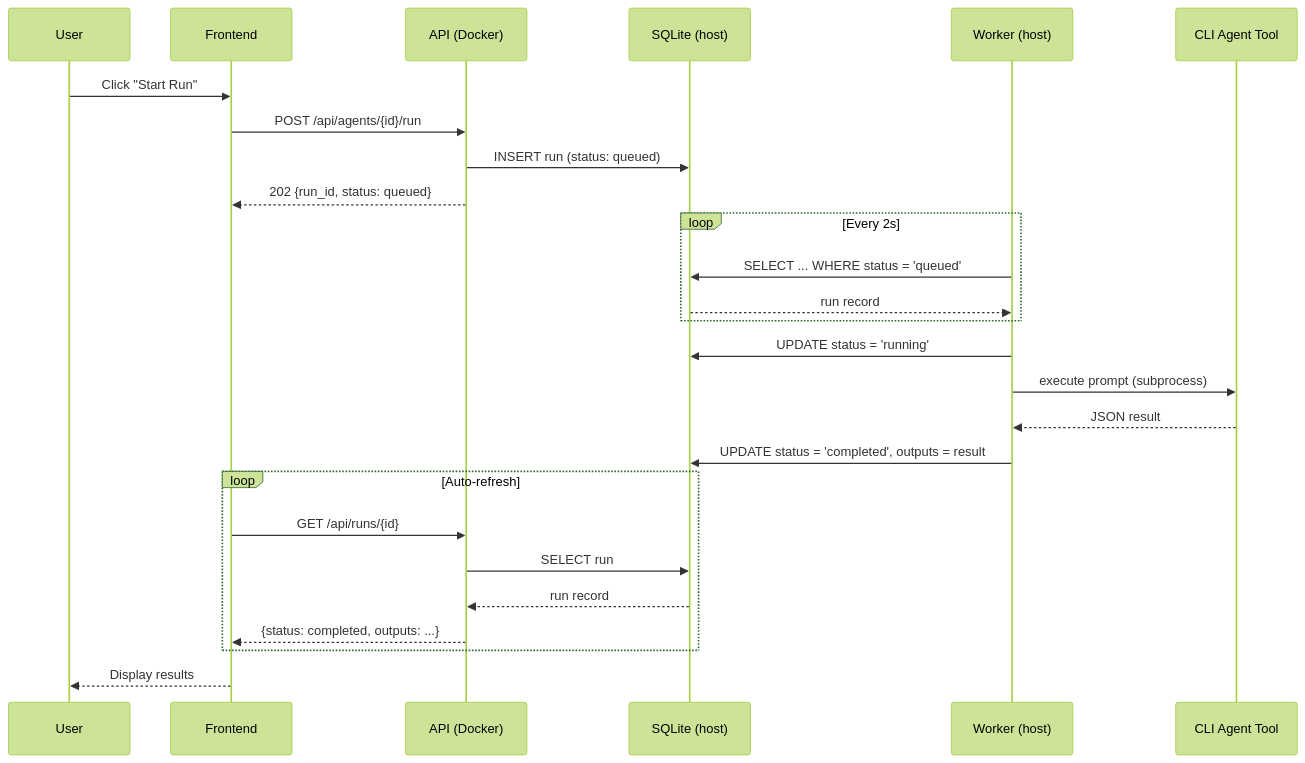
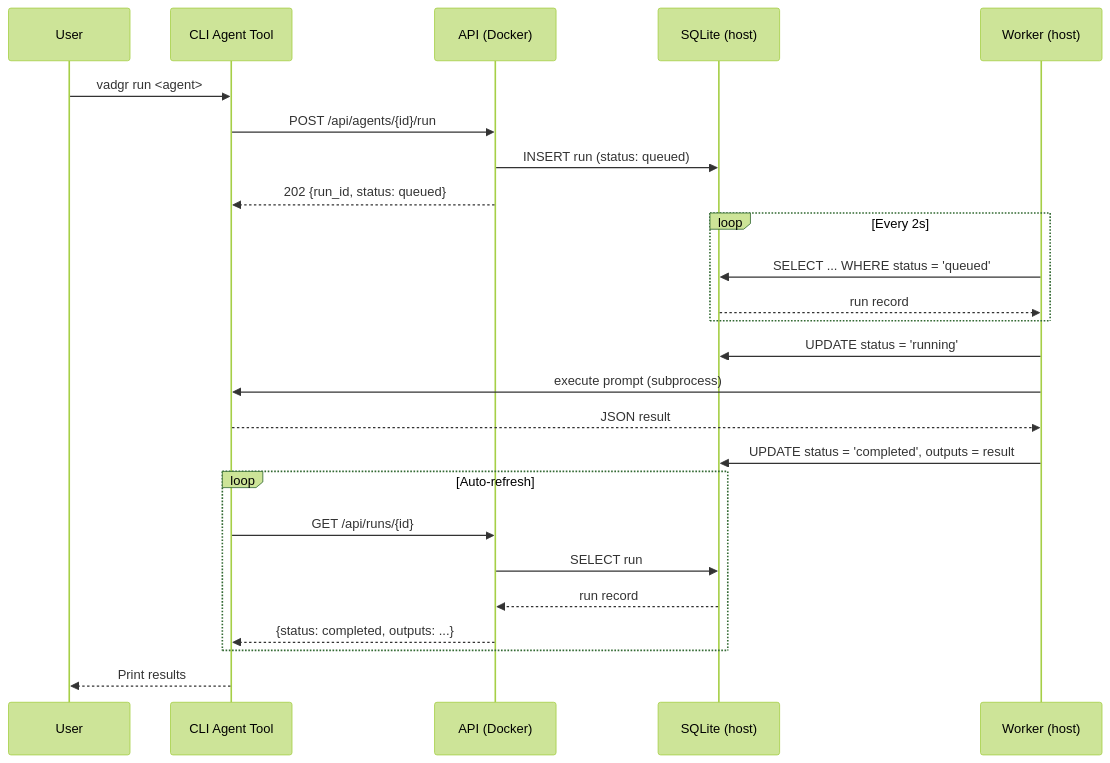
One commit to MONTBRAIN/vadgr changed the second of 2 diagrams in api/docs/CONTAINERIZATION.md. Above: the diagram before and after it, drawn with Mermaid (forest theme). The commit also changed other lines of this file and 92 other files, not shown here.

````diff
--- a/api/docs/CONTAINERIZATION.md
+++ b/api/docs/CONTAINERIZATION.md
@@ -51,33 +49,33 @@
 ```mermaid
 sequenceDiagram
     participant User
-    participant Frontend
+    participant CLI
     participant API as API (Docker)
     participant DB as SQLite (host)
     participant Worker as Worker (host)
     participant CLI as CLI Agent Tool
 
-    User->>Frontend: Click "Start Run"
-    Frontend->>API: POST /api/agents/{id}/run
+    User->>CLI: vadgr run <agent>
+    CLI->>API: POST /api/agents/{id}/run
     API->>DB: INSERT run (status: queued)
-    API-->>Frontend: 202 {run_id, status: queued}
+    API-->>CLI: 202 {run_id, status: queued}
 
     loop Every 2s
         Worker->>DB: SELECT ... WHERE status = 'queued'
         DB-->>Worker: run record
     end
 
     Worker->>DB: UPDATE status = 'running'
     Worker->>CLI: execute prompt (subprocess)
     CLI-->>Worker: JSON result
     Worker->>DB: UPDATE status = 'completed', outputs = result
 
     loop Auto-refresh
-        Frontend->>API: GET /api/runs/{id}
+        CLI->>API: GET /api/runs/{id}
         API->>DB: SELECT run
         DB-->>API: run record
-        API-->>Frontend: {status: completed, outputs: ...}
+        API-->>CLI: {status: completed, outputs: ...}
     end
 
-    Frontend-->>User: Display results
+    CLI-->>User: Print results
 ```
````
